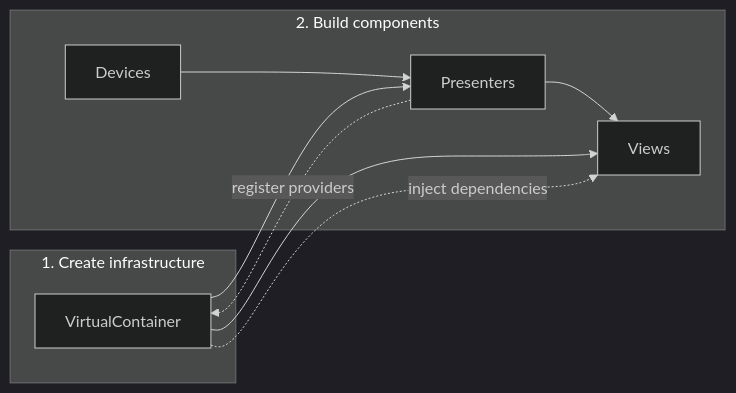
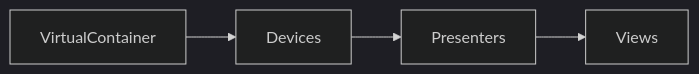
One commit to redsun-acquisition/redsun changed the first of 2 diagrams in docs/explanation/container-architecture.md. Above: the diagram before and after it, drawn with Mermaid (dark theme). The commit also changed other lines of this file, not shown here.

First line of the commit message:
docs: split overview diagram into build and registration/injection diagrams

````diff
--- a/docs/explanation/container-architecture.md
+++ b/docs/explanation/container-architecture.md
@@ -13,19 +15,11 @@
 ```mermaid
 graph LR
-    subgraph 1. Create infrastructure
-        VC[VirtualContainer]
-    end
+    VC[VirtualContainer]
+    Devices
+    Presenters
+    Views
 
-    subgraph 2. Build components
-        Devices
-        Presenters
-        Views
-    end
-
+    VC --> Devices
     Devices --> Presenters
     Presenters --> Views
-    VC --> Presenters
-    VC --> Views
-    Presenters -.->|register providers| VC
-    VC -.->|inject dependencies| Views
 ```
````
